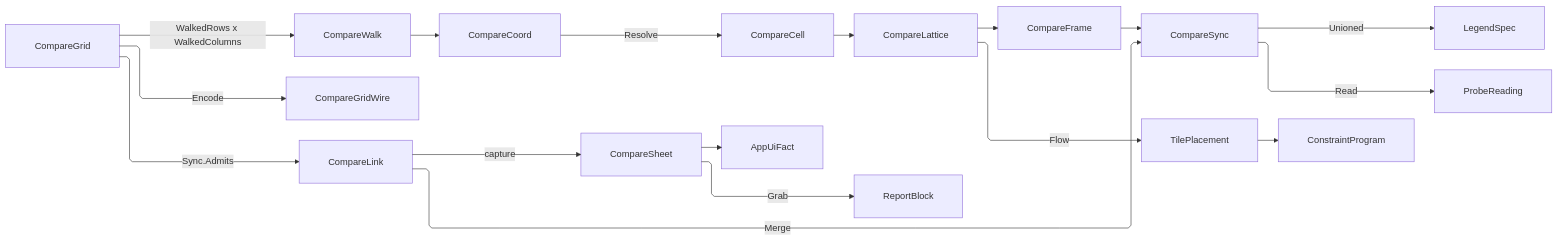
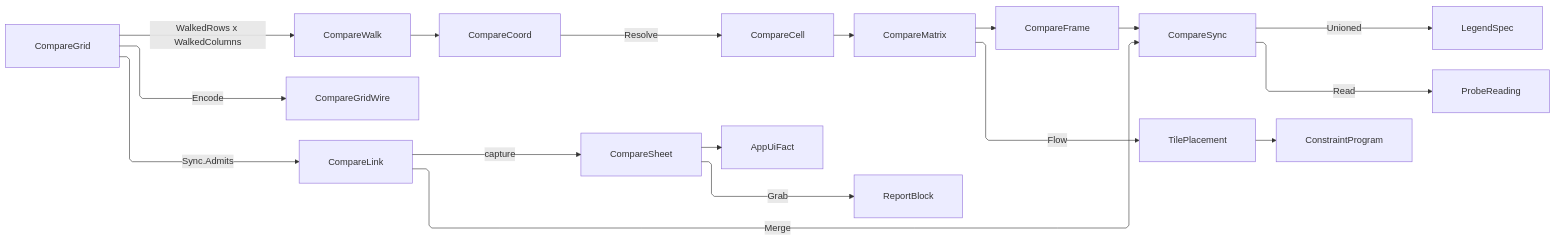
The diagram in libs/dotnet/Rasm.AppUi/.planning/Analysis/compare.md (bsamiee/Rasm), drawn with Mermaid before and after one commit. The commit also changed other lines of this file and 1997 other files, not shown here.

````diff
--- a/libs/dotnet/Rasm.AppUi/.planning/Analysis/compare.md
+++ b/libs/dotnet/Rasm.AppUi/.planning/Analysis/compare.md
@@ -600,28 +599,28 @@
 ```mermaid
 ---
 config:
   layout: elk
   flowchart:
     curve: linear
     padding: 25
 ---
 flowchart LR
     accTitle: Compare grid coordinate walk and shared channels
-    accDescr: A grid declaring two walked axes over a pinned coordinate, walking the capped cartesian product into coordinates that resolve to a lattice of bound cells beside the members the walk refused, with each granted link folding its own merge over one frame to seat one camera, one probe reading set, and one unioned legend domain, before placement runs one board flow per lattice row and the capture grant admits the contact sheet and fires its settled fact.
+    accDescr: A grid declaring two walked axes over a pinned coordinate, walking the capped cartesian product into coordinates that resolve to a matrix of bound cells beside the members the walk refused, with each granted link folding its own merge over one frame to seat one camera, one probe reading set, and one unioned legend domain, before placement runs one board flow per matrix row and the capture grant admits the contact sheet and fires its settled fact.
     CompareGrid -->|WalkedRows x WalkedColumns| CompareWalk
     CompareWalk --> CompareCoord
     CompareCoord -->|Resolve| CompareCell
-    CompareCell --> CompareLattice
-    CompareLattice --> CompareFrame
+    CompareCell --> CompareMatrix
+    CompareMatrix --> CompareFrame
     CompareGrid -->|Encode| CompareGridWire
     CompareGrid -->|Sync.Admits| CompareLink
     CompareLink -->|Merge| CompareSync
     CompareFrame --> CompareSync
     CompareSync -->|Unioned| LegendSpec
     CompareSync -->|Read| ProbeReading
-    CompareLattice -->|Flow| TilePlacement
+    CompareMatrix -->|Flow| TilePlacement
     TilePlacement --> ConstraintProgram
     CompareLink -->|capture| CompareSheet
     CompareSheet -->|Grab| ReportBlock
     CompareSheet --> AppUiFact
 ```
````
